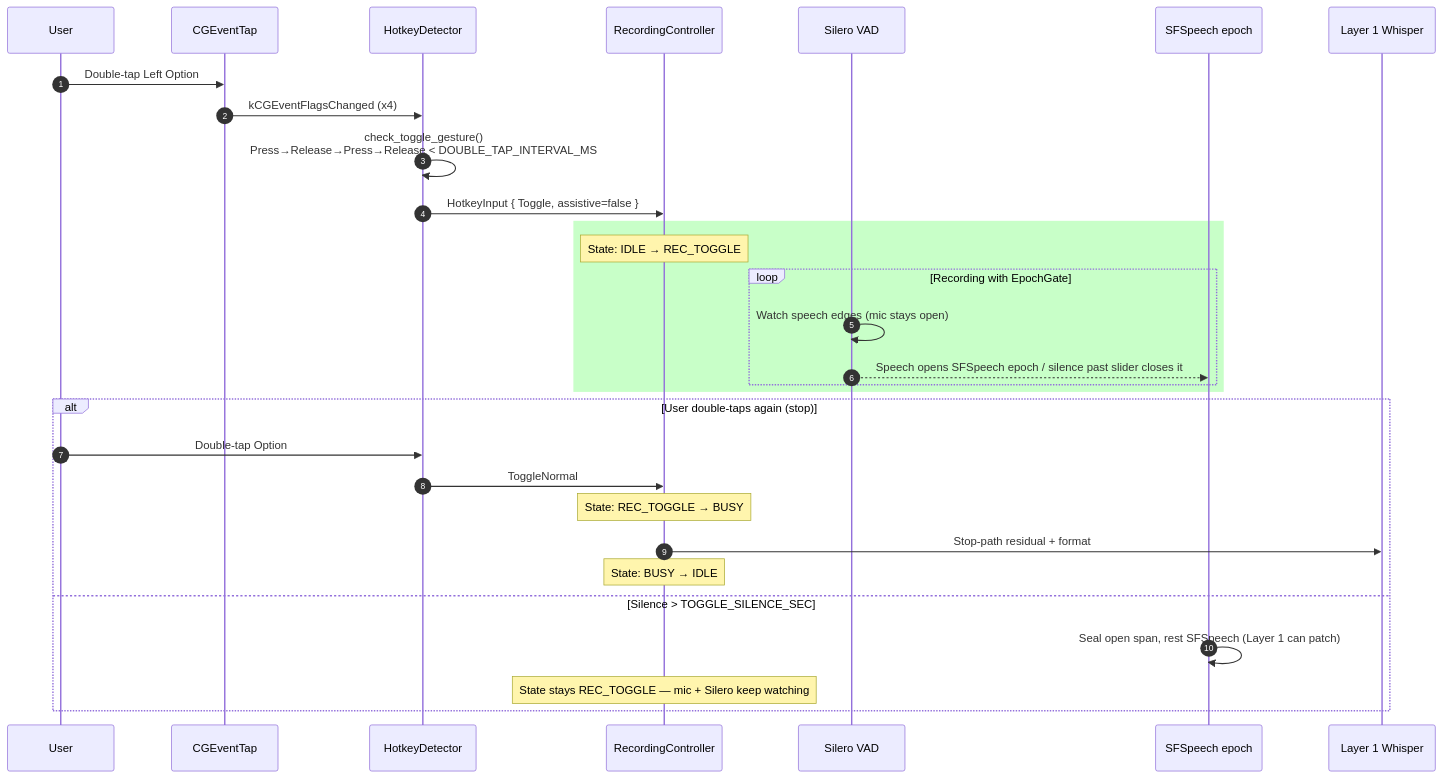
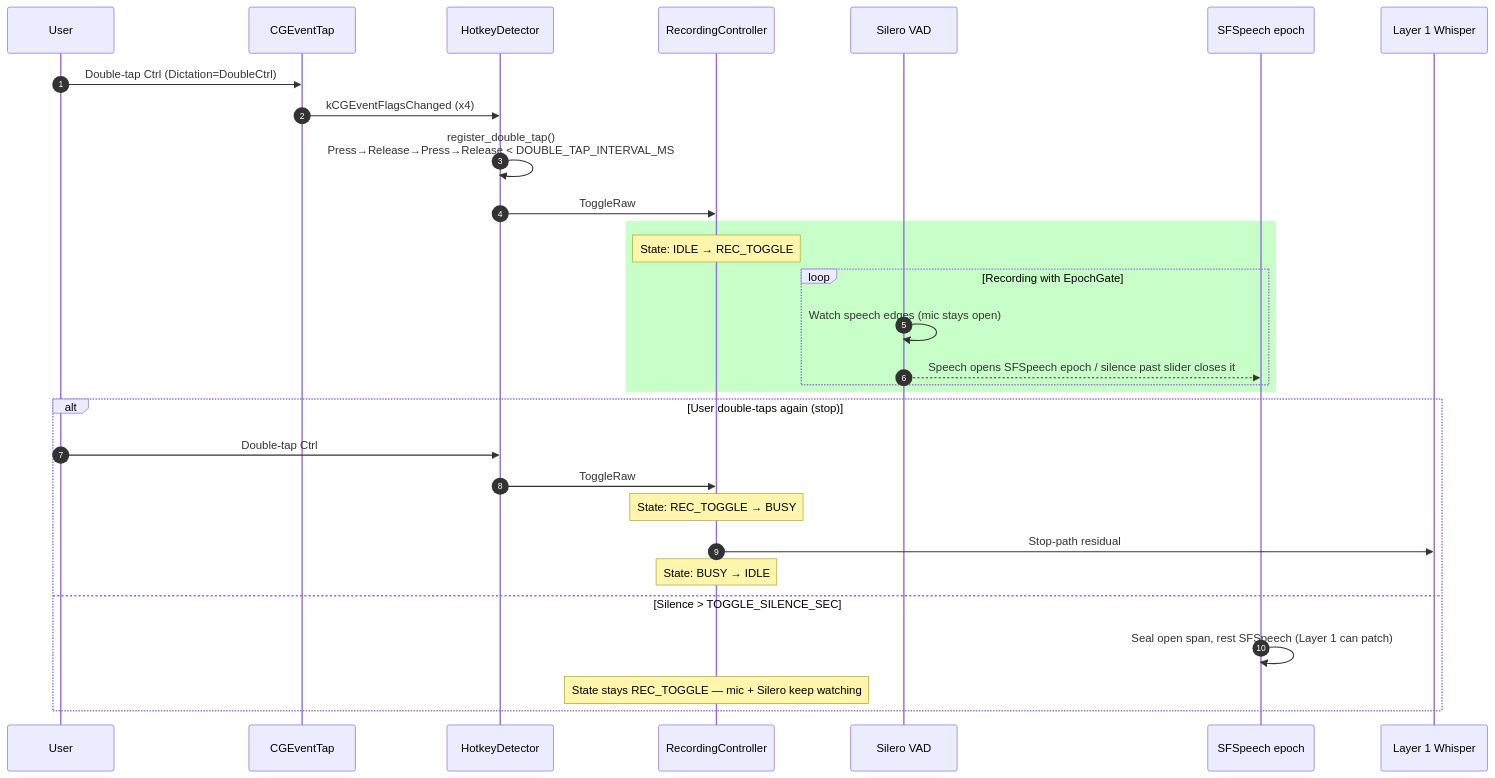
Before and after one commit to vetcoders/codescribe: the fifth of 6 diagrams in docs/HOTKEYS_CONTRACT.md, drawn with Mermaid. The commit also changed other lines of this file and 38 other files, not shown here.

````diff
--- a/docs/HOTKEYS_CONTRACT.md
+++ b/docs/HOTKEYS_CONTRACT.md
@@ -726,35 +720,35 @@
 ```mermaid
 sequenceDiagram
     autonumber
     participant User
     participant CGEventTap
     participant HotkeyDetector
     participant Controller as RecordingController
     participant VAD as Silero VAD
     participant Apple as SFSpeech epoch
     participant Whisper as Layer 1 Whisper
 
-    User->>CGEventTap: Double-tap Left Option
+    User->>CGEventTap: Double-tap Ctrl (Dictation=DoubleCtrl)
     CGEventTap->>HotkeyDetector: kCGEventFlagsChanged (x4)
-    HotkeyDetector->>HotkeyDetector: check_toggle_gesture()<br/>Press→Release→Press→Release < DOUBLE_TAP_INTERVAL_MS
-    HotkeyDetector->>Controller: HotkeyInput { Toggle, assistive=false }
+    HotkeyDetector->>HotkeyDetector: register_double_tap()<br/>Press→Release→Press→Release < DOUBLE_TAP_INTERVAL_MS
+    HotkeyDetector->>Controller: ToggleRaw
 
     rect rgb(200, 255, 200)
         Note over Controller: State: IDLE → REC_TOGGLE
         loop Recording with EpochGate
             VAD->>VAD: Watch speech edges (mic stays open)
             VAD-->>Apple: Speech opens SFSpeech epoch / silence past slider closes it
         end
     end
 
     alt User double-taps again (stop)
-        User->>HotkeyDetector: Double-tap Option
-        HotkeyDetector->>Controller: ToggleNormal
+        User->>HotkeyDetector: Double-tap Ctrl
+        HotkeyDetector->>Controller: ToggleRaw
         Note over Controller: State: REC_TOGGLE → BUSY
-        Controller->>Whisper: Stop-path residual + format
+        Controller->>Whisper: Stop-path residual
         Note over Controller: State: BUSY → IDLE
     else Silence > TOGGLE_SILENCE_SEC
         Apple->>Apple: Seal open span, rest SFSpeech (Layer 1 can patch)
         Note over Controller: State stays REC_TOGGLE — mic + Silero keep watching
     end
 ```
````
